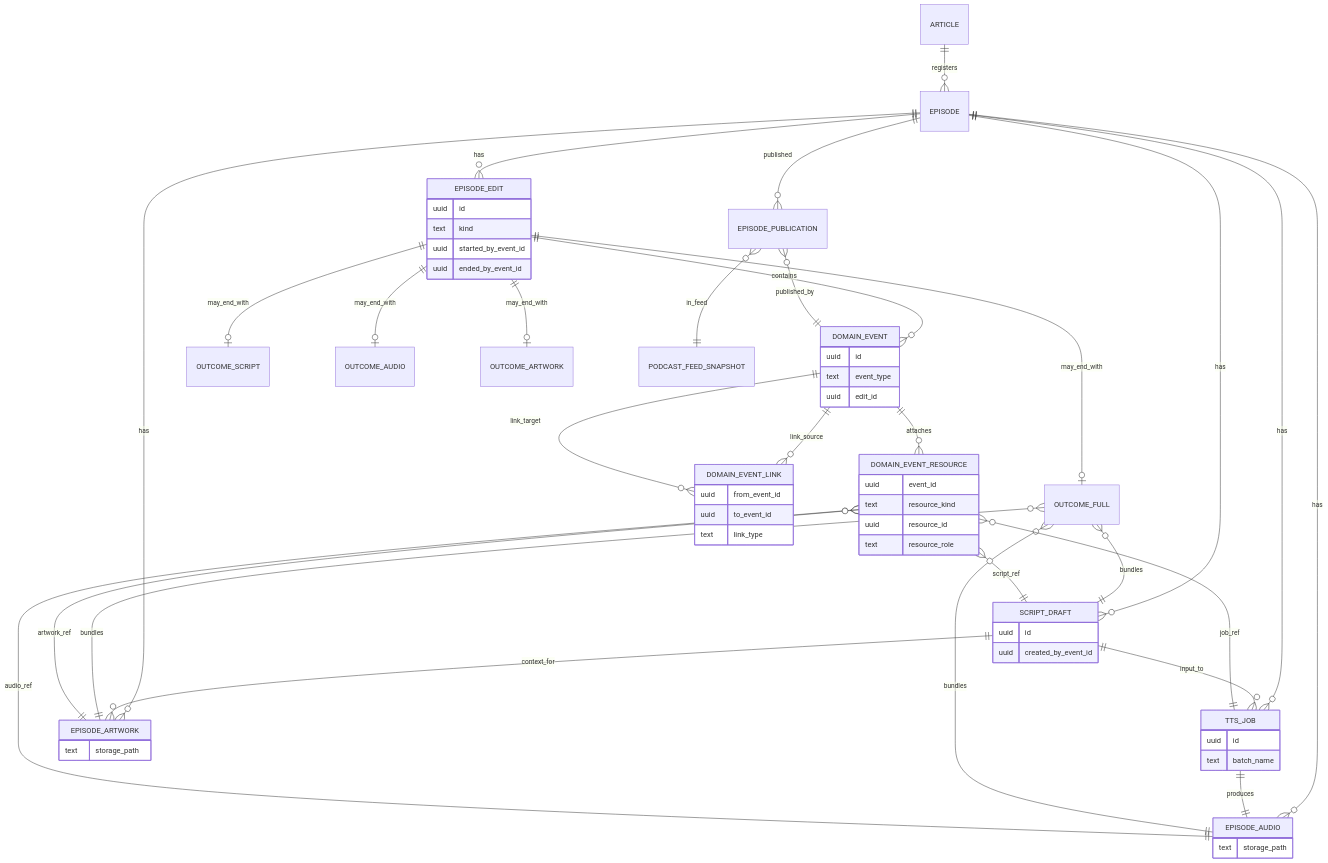
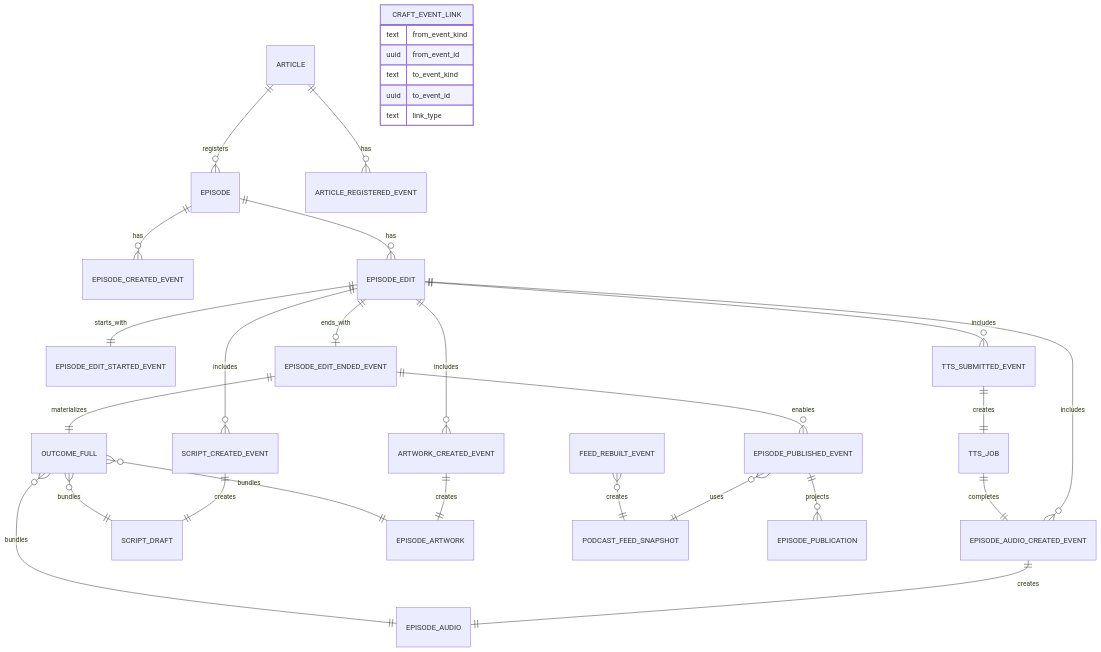
Before and after one commit to hskksk/podcaster: the first of 2 diagrams in docs/architecture/podcast-craft-domain-events.md, drawn with Mermaid. The commit also changed other lines of this file, not shown here.

Commit message:
docs(architecture): update domain events doc for per-type tables

````diff
--- a/docs/architecture/podcast-craft-domain-events.md
+++ b/docs/architecture/podcast-craft-domain-events.md
@@ -85,80 +109,40 @@
 ```mermaid
 erDiagram
   ARTICLE ||--o{ EPISODE : registers
+  ARTICLE ||--o{ ARTICLE_REGISTERED_EVENT : has
+  EPISODE ||--o{ EPISODE_CREATED_EVENT : has
+
   EPISODE ||--o{ EPISODE_EDIT : has
-  EPISODE ||--o{ SCRIPT_DRAFT : has
-  EPISODE ||--o{ TTS_JOB : has
-  EPISODE ||--o{ EPISODE_AUDIO : has
-  EPISODE ||--o{ EPISODE_ARTWORK : has
+  EPISODE_EDIT ||--|| EPISODE_EDIT_STARTED_EVENT : starts_with
+  EPISODE_EDIT ||--o| EPISODE_EDIT_ENDED_EVENT : ends_with
 
-  EPISODE_EDIT ||--o{ DOMAIN_EVENT : contains
-  EPISODE_EDIT ||--o| OUTCOME_FULL : may_end_with
-  EPISODE_EDIT ||--o| OUTCOME_SCRIPT : may_end_with
-  EPISODE_EDIT ||--o| OUTCOME_AUDIO : may_end_with
-  EPISODE_EDIT ||--o| OUTCOME_ARTWORK : may_end_with
+  EPISODE_EDIT ||--o{ SCRIPT_CREATED_EVENT : includes
+  EPISODE_EDIT ||--o{ TTS_SUBMITTED_EVENT : includes
+  EPISODE_EDIT ||--o{ EPISODE_AUDIO_CREATED_EVENT : includes
+  EPISODE_EDIT ||--o{ ARTWORK_CREATED_EVENT : includes
 
-  DOMAIN_EVENT ||--o{ DOMAIN_EVENT_LINK : link_source
-  DOMAIN_EVENT ||--o{ DOMAIN_EVENT_LINK : link_target
-  DOMAIN_EVENT ||--o{ DOMAIN_EVENT_RESOURCE : attaches
+  SCRIPT_CREATED_EVENT ||--|| SCRIPT_DRAFT : creates
+  TTS_SUBMITTED_EVENT ||--|| TTS_JOB : creates
+  TTS_JOB ||--|| EPISODE_AUDIO_CREATED_EVENT : completes
+  EPISODE_AUDIO_CREATED_EVENT ||--|| EPISODE_AUDIO : creates
+  ARTWORK_CREATED_EVENT ||--|| EPISODE_ARTWORK : creates
 
-  SCRIPT_DRAFT ||--o{ TTS_JOB : input_to
-  TTS_JOB ||--|| EPISODE_AUDIO : produces
-  SCRIPT_DRAFT ||--o{ EPISODE_ARTWORK : context_for
-
+  EPISODE_EDIT_ENDED_EVENT ||--|| OUTCOME_FULL : materializes
   OUTCOME_FULL }o--|| SCRIPT_DRAFT : bundles
   OUTCOME_FULL }o--|| EPISODE_AUDIO : bundles
   OUTCOME_FULL }o--|| EPISODE_ARTWORK : bundles
 
-  EPISODE ||--o{ EPISODE_PUBLICATION : published
-  EPISODE_PUBLICATION }o--|| PODCAST_FEED_SNAPSHOT : in_feed
-  EPISODE_PUBLICATION }o--|| DOMAIN_EVENT : published_by
+  EPISODE_EDIT_ENDED_EVENT ||--o{ EPISODE_PUBLISHED_EVENT : enables
+  EPISODE_PUBLISHED_EVENT }o--|| PODCAST_FEED_SNAPSHOT : uses
+  FEED_REBUILT_EVENT }o--|| PODCAST_FEED_SNAPSHOT : creates
 
-  DOMAIN_EVENT_RESOURCE }o--|| SCRIPT_DRAFT : script_ref
-  DOMAIN_EVENT_RESOURCE }o--|| TTS_JOB : job_ref
-  DOMAIN_EVENT_RESOURCE }o--|| EPISODE_AUDIO : audio_ref
-  DOMAIN_EVENT_RESOURCE }o--|| EPISODE_ARTWORK : artwork_ref
+  EPISODE_PUBLISHED_EVENT ||--o{ EPISODE_PUBLICATION : projects
 
-  DOMAIN_EVENT {
-    uuid id
-    text event_type
-    uuid edit_id
-  }
-
-  DOMAIN_EVENT_LINK {
+  CRAFT_EVENT_LINK {
+    text from_event_kind
     uuid from_event_id
+    text to_event_kind
     uuid to_event_id
     text link_type
   }
-
-  DOMAIN_EVENT_RESOURCE {
-    uuid event_id
-    text resource_kind
-    uuid resource_id
-    text resource_role
-  }
-
-  EPISODE_EDIT {
-    uuid id
-    text kind
-    uuid started_by_event_id
-    uuid ended_by_event_id
-  }
-
-  SCRIPT_DRAFT {
-    uuid id
-    uuid created_by_event_id
-  }
-
-  TTS_JOB {
-    uuid id
-    text batch_name
-  }
-
-  EPISODE_AUDIO {
-    text storage_path
-  }
-
-  EPISODE_ARTWORK {
-    text storage_path
-  }
 ```
````
